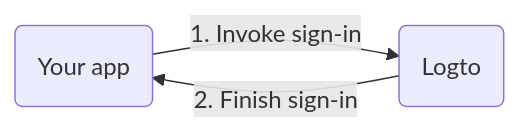
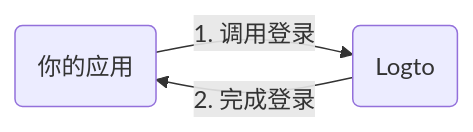
Before and after one commit to logto-io/docs: the diagram in i18n/zh-CN/docusaurus-plugin-content-docs/current/quick-starts/fragments/_web-sign-in-flow-summary.mdx, drawn with Mermaid. The commit also changed other lines of this file and 449 other files, not shown here.

````diff
--- a/i18n/zh-CN/docusaurus-plugin-content-docs/current/quick-starts/fragments/_web-sign-in-flow-summary.mdx
+++ b/i18n/zh-CN/docusaurus-plugin-content-docs/current/quick-starts/fragments/_web-sign-in-flow-summary.mdx
@@ -5,5 +5,5 @@
 ```mermaid
 graph LR
-    A(Your app) -->|1. Invoke sign-in| B(Logto)
-    B -->|2. Finish sign-in| A
+    A(你的应用) -->|1. 调用登录| B(Logto)
+    B -->|2. 完成登录| A
 ```
````
